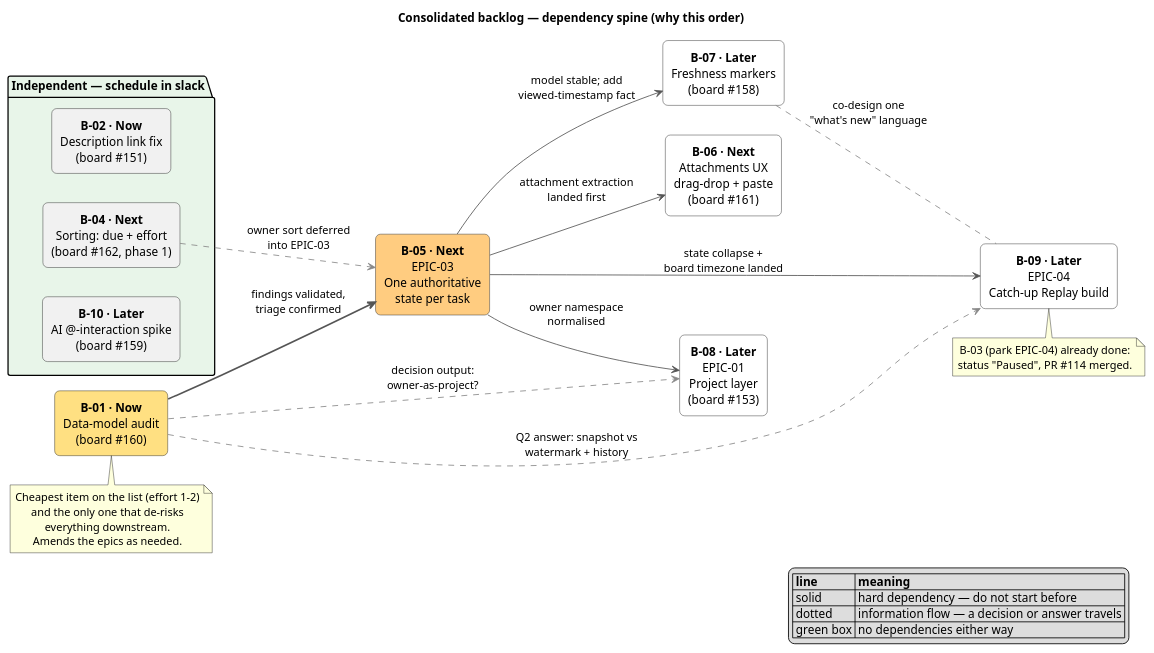
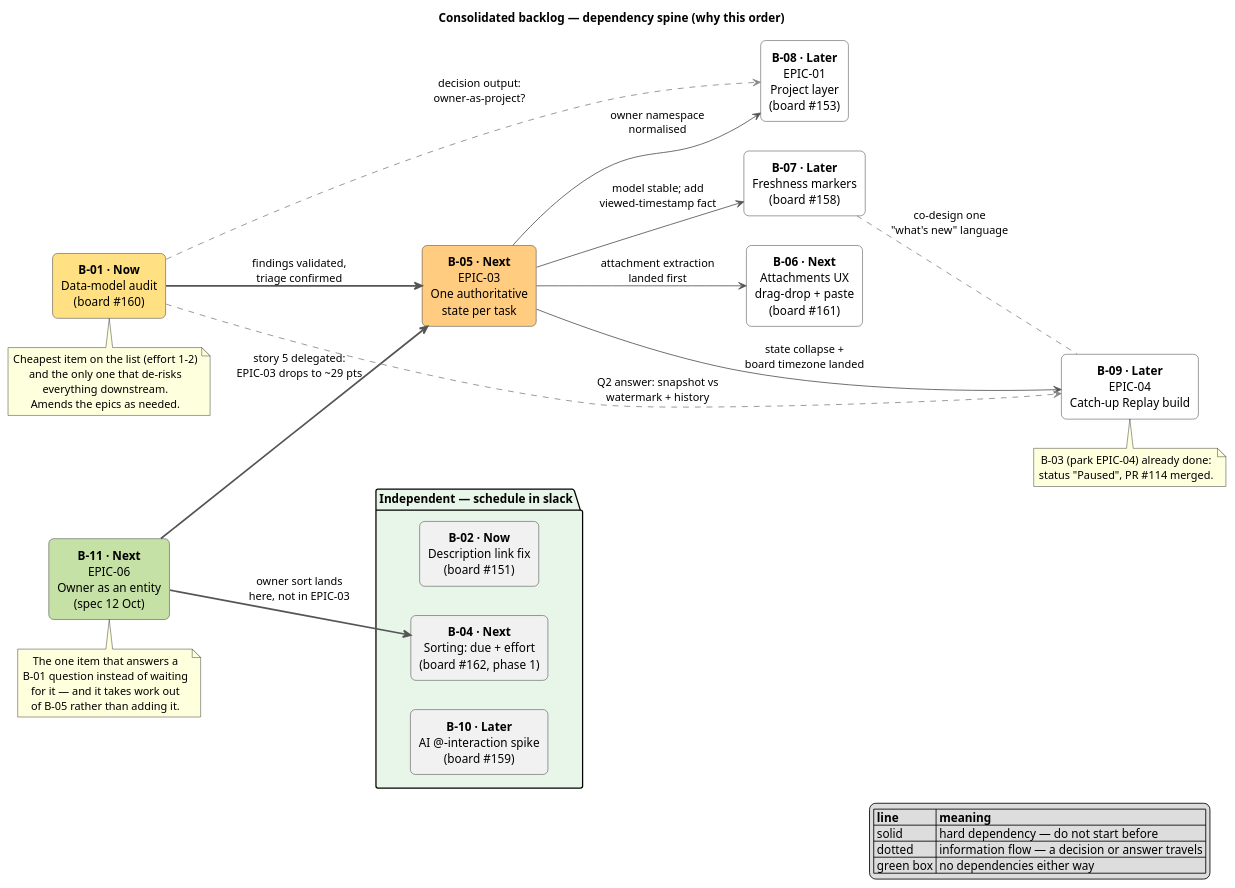
One commit to DRCUOA/kanban-local1 changed the diagram in docs/BACKLOG.md. Above: the diagram before and after it, drawn with PlantUML. The commit also changed other lines of this file and 2 other files, not shown here.

````diff
--- a/docs/BACKLOG.md
+++ b/docs/BACKLOG.md
@@ -142,53 +172,62 @@
 ```plantuml
 @startuml
 title Consolidated backlog — dependency spine (why this order)
 left to right direction
 skinparam shadowing false
 skinparam rectangleRoundCorner 12
 skinparam ArrowColor #555555
 skinparam defaultTextAlignment center
 
 rectangle "**B-01 · Now**\nData-model audit\n(board #160)" as B01 #FFE082
 rectangle "**B-05 · Next**\nEPIC-03\nOne authoritative\nstate per task" as B05 #FFCC80
 rectangle "**B-06 · Next**\nAttachments UX\ndrag-drop + paste\n(board #161)" as B06 #FFFFFF
 rectangle "**B-08 · Later**\nEPIC-01\nProject layer\n(board #153)" as B08 #FFFFFF
 rectangle "**B-09 · Later**\nEPIC-04\nCatch-up Replay build" as B09 #FFFFFF
 rectangle "**B-07 · Later**\nFreshness markers\n(board #158)" as B07 #FFFFFF
+rectangle "**B-11 · Next**\nEPIC-06\nOwner as an entity\n(spec 12 Oct)" as B11 #C5E1A5
 
 package "Independent — schedule in slack" #E8F5E9 {
   rectangle "**B-02 · Now**\nDescription link fix\n(board #151)" as B02
   rectangle "**B-04 · Next**\nSorting: due + effort\n(board #162, phase 1)" as B04
   rectangle "**B-10 · Later**\nAI @-interaction spike\n(board #159)" as B10
 }
 
 B01 -[bold]-> B05 : findings validated,\ntriage confirmed
 B05 --> B06 : attachment extraction\nlanded first
 B05 --> B08 : owner namespace\nnormalised
 B05 --> B09 : state collapse +\nboard timezone landed
 B05 --> B07 : model stable; add\nviewed-timestamp fact
 
+B11 -[bold]-> B05 : story 5 delegated:\nEPIC-03 drops to ~29 pts
+B11 -[bold]-> B04 : owner sort lands\nhere, not in EPIC-03
 B01 .[#888888].> B08 : decision output:\nowner-as-project?
 B01 .[#888888].> B09 : Q2 answer: snapshot vs\nwatermark + history
-B04 .[#888888].> B05 : owner sort deferred\ninto EPIC-03
 B07 .[#888888]. B09 : co-design one\n"what's new" language
 
 note bottom of B01
   Cheapest item on the list (effort 1–2)
   and the only one that de-risks
   everything downstream.
   Amends the epics as needed.
 end note
 
 note bottom of B09
   B-03 (park EPIC-04) already done:
   status "Paused", PR #114 merged.
 end note
 
+note bottom of B11
+  The one item that answers a
+  B-01 question instead of waiting
+  for it — and it takes work out
+  of B-05 rather than adding it.
+end note
+
 legend right
   |= line |= meaning |
   | solid | hard dependency — do not start before |
   | dotted | information flow — a decision or answer travels |
   | green box | no dependencies either way |
 endlegend
 @enduml
 ```
````
